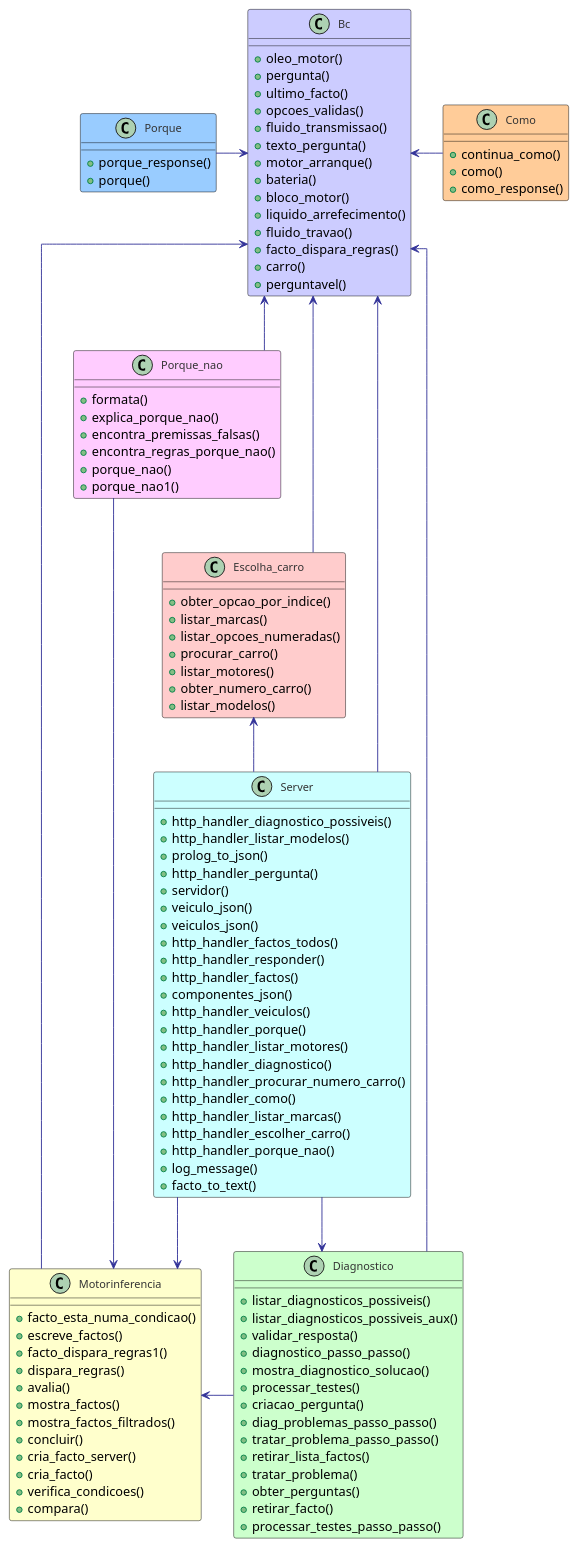
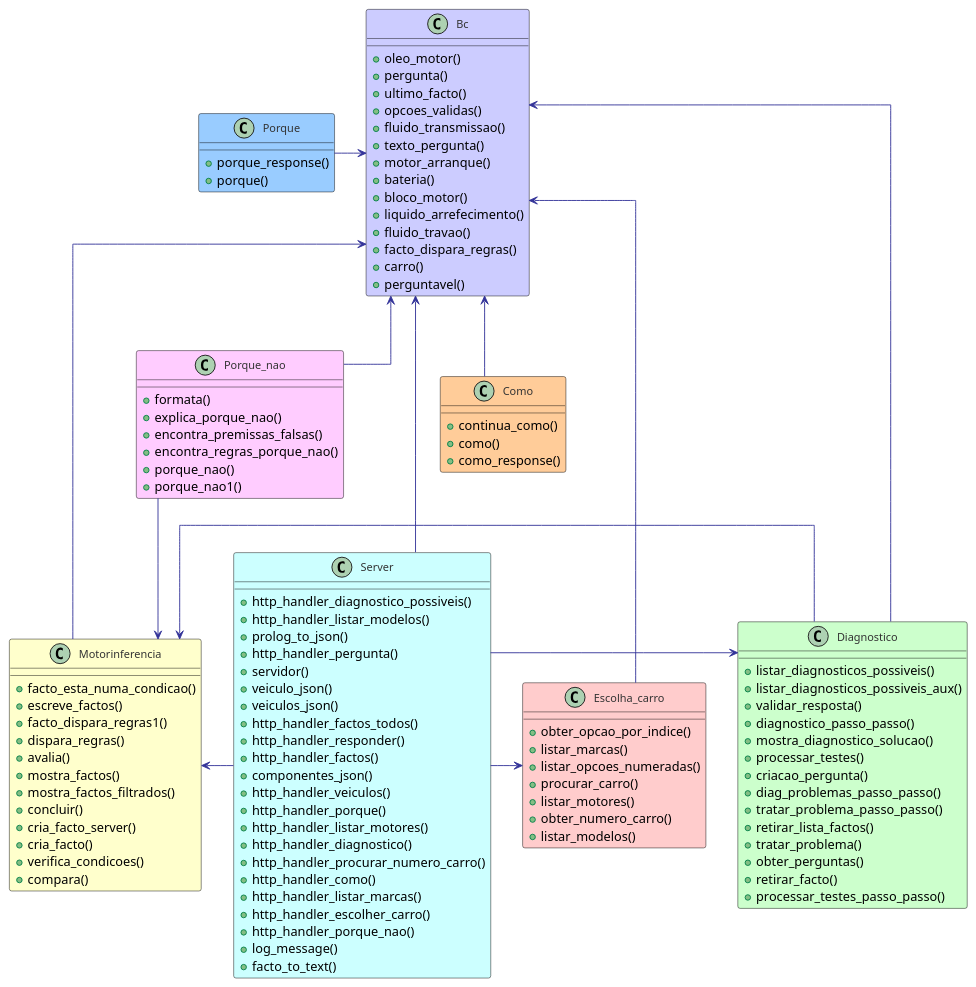
One commit to JorgeCunha07/DiagnosticTool_PericialSystem changed the diagram in Documents/applicationsDiagrams/Diagram_Prologue.puml. Above: the diagram before and after it, drawn with PlantUML.

Commit message:
PPROGIA: Diagrama de classes prolog atualizado

```diff
--- a/Documents/applicationsDiagrams/Diagram_Prologue.puml
+++ b/Documents/applicationsDiagrams/Diagram_Prologue.puml
@@ -1,139 +1,139 @@
 @startuml
 ' Define colors and styles for a more visually appealing diagram
 skinparam class {
     BackgroundColor #F9F9F9
     ArrowColor #333399
     BorderColor #000000
     FontColor #333333
     FontSize 12
 }
 
 ' Define arrow style
 skinparam linetype ortho
 
 class Bc #CCCCFF {
   +oleo_motor()
   +pergunta()
   +ultimo_facto()
   +opcoes_validas()
   +fluido_transmissao()
   +texto_pergunta()
   +motor_arranque()
   +bateria()
   +bloco_motor()
   +liquido_arrefecimento()
   +fluido_travao()
   +facto_dispara_regras()
   +carro()
   +perguntavel()
 }
 
 
 class Como #FFCC99 {
   +continua_como()
   +como()
   +como_response()
 }
 
 
 class Diagnostico #CCFFCC{
   +listar_diagnosticos_possiveis()
   +listar_diagnosticos_possiveis_aux()
   +validar_resposta()
   +diagnostico_passo_passo()
   +mostra_diagnostico_solucao()
   +processar_testes()
   +criacao_pergunta()
   +diag_problemas_passo_passo()
   +tratar_problema_passo_passo()
   +retirar_lista_factos()
   +tratar_problema()
   +obter_perguntas()
   +retirar_facto()
   +processar_testes_passo_passo()
 }
 
 
 class Escolha_carro #FFCCCC{
   +obter_opcao_por_indice()
   +listar_marcas()
   +listar_opcoes_numeradas()
   +procurar_carro()
   +listar_motores()
   +obter_numero_carro()
   +listar_modelos()
 }
 
 
 class Motorinferencia #FFFFCC{
   +facto_esta_numa_condicao()
   +escreve_factos()
   +facto_dispara_regras1()
   +dispara_regras()
   +avalia()
   +mostra_factos()
   +mostra_factos_filtrados()
   +concluir()
   +cria_facto_server()
   +cria_facto()
   +verifica_condicoes()
   +compara()
 }
 
 
 class Porque #99CCFF{
   +porque_response()
   +porque()
 }
 
 
 class Porque_nao #FFCCFF{
   +formata()
   +explica_porque_nao()
   +encontra_premissas_falsas()
   +encontra_regras_porque_nao()
   +porque_nao()
   +porque_nao1()
 }
 
 
 class Server #CCFFFF{
   +http_handler_diagnostico_possiveis()
   +http_handler_listar_modelos()
   +prolog_to_json()
   +http_handler_pergunta()
   +servidor()
   +veiculo_json()
   +veiculos_json()
   +http_handler_factos_todos()
   +http_handler_responder()
   +http_handler_factos()
   +componentes_json()
   +http_handler_veiculos()
   +http_handler_porque()
   +http_handler_listar_motores()
   +http_handler_diagnostico()
   +http_handler_procurar_numero_carro()
   +http_handler_como()
   +http_handler_listar_marcas()
   +http_handler_escolher_carro()
   +http_handler_porque_nao()
   +log_message()
   +facto_to_text()
 }
 
 ' Define relationships
-Server --> Motorinferencia
-Server --> Bc
-Server --> Diagnostico
-Escolha_carro <-- Server
+Server -left-> Motorinferencia
+Server -> Bc
+Server -> Diagnostico
+Escolha_carro <-left- Server
 Diagnostico --> Bc
-Diagnostico -left-> Motorinferencia
+Diagnostico -> Motorinferencia
 Porque_nao -> Motorinferencia
 Bc <--- Escolha_carro
 Porque -> Bc
 Bc <-- Porque_nao
-Como -up> Bc
+Como --up> Bc
 Bc <--- Motorinferencia
 
 @enduml
```
